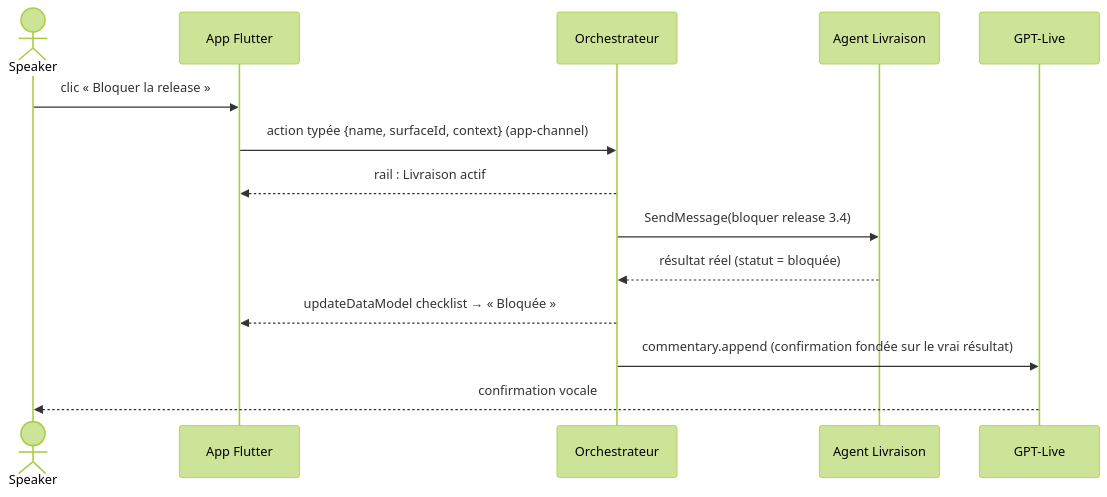
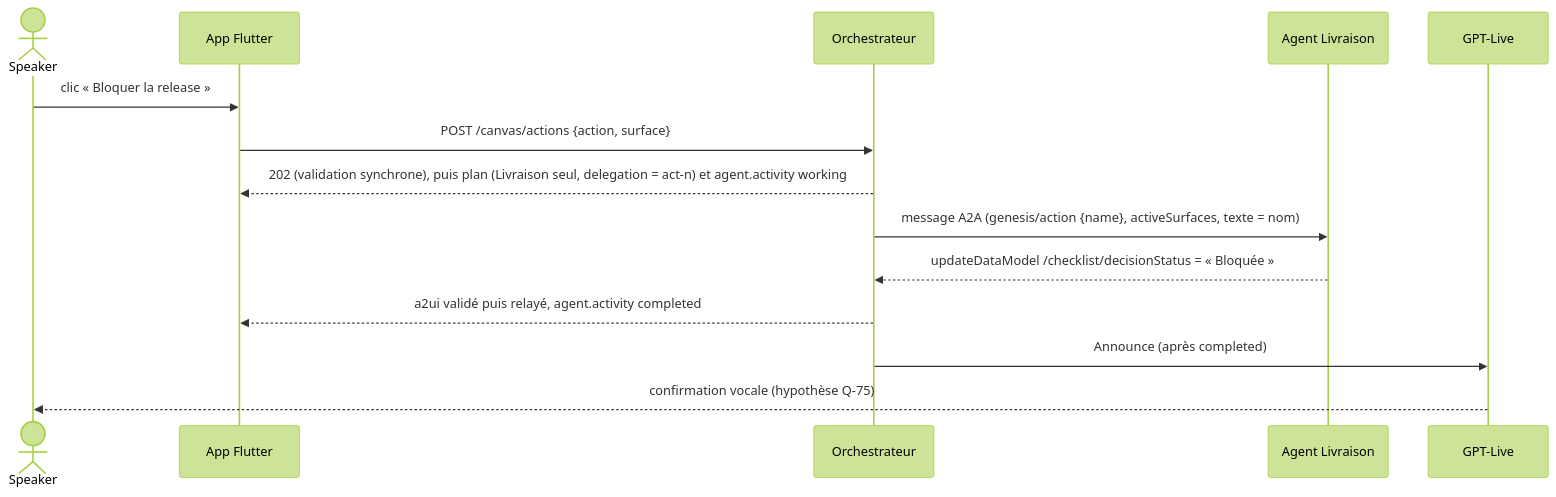
The third of 5 diagrams in product/architecture/agents-protocols.md (b-fontaine/ai_voice_ui), drawn with Mermaid (forest theme) before and after one commit. The commit also changed other lines of this file and 29 other files, not shown here.

````diff
--- a/product/architecture/agents-protocols.md
+++ b/product/architecture/agents-protocols.md
@@ -81,16 +80,16 @@
 ```mermaid
 sequenceDiagram
   actor S as Speaker
   participant App as App Flutter
   participant O as Orchestrateur
   participant Liv as Agent Livraison
   participant L as GPT-Live
   S->>App: clic « Bloquer la release »
-  App->>O: action typée {name, surfaceId, context} (app-channel)
-  O-->>App: rail : Livraison actif
-  O->>Liv: SendMessage(bloquer release 3.4)
-  Liv-->>O: résultat réel (statut = bloquée)
-  O-->>App: updateDataModel checklist → « Bloquée »
-  O->>L: commentary.append (confirmation fondée sur le vrai résultat)
-  L-->>S: confirmation vocale
+  App->>O: POST /canvas/actions {action, surface}
+  O-->>App: 202 (validation synchrone), puis plan (Livraison seul, delegation = act-n) et agent.activity working
+  O->>Liv: message A2A (genesis/action {name}, activeSurfaces, texte = nom)
+  Liv-->>O: updateDataModel /checklist/decisionStatus = « Bloquée »
+  O-->>App: a2ui validé puis relayé, agent.activity completed
+  O->>L: Announce (après completed)
+  L-->>S: confirmation vocale (hypothèse Q-75)
 ```
````
